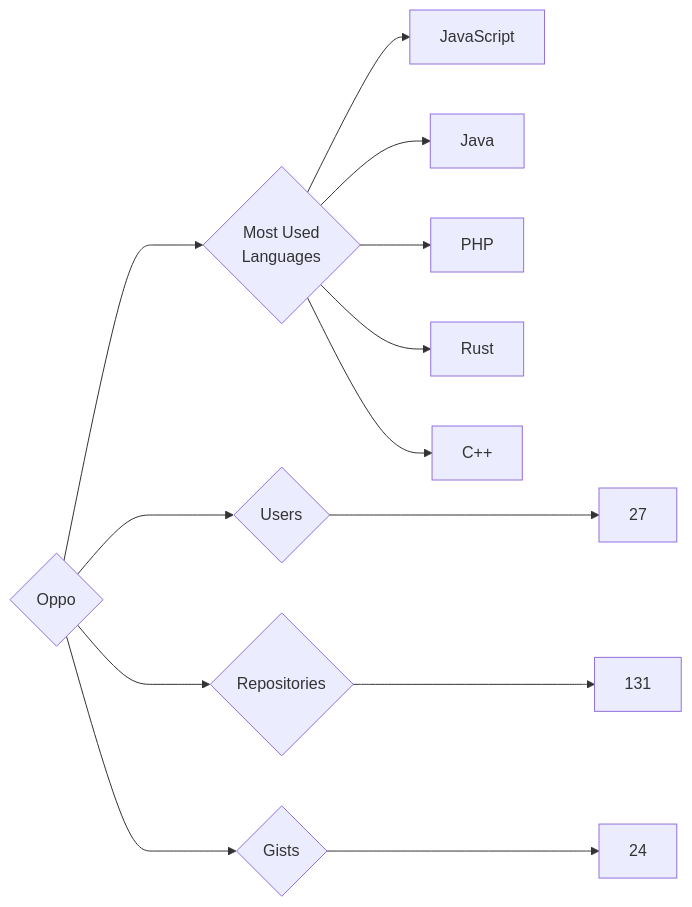
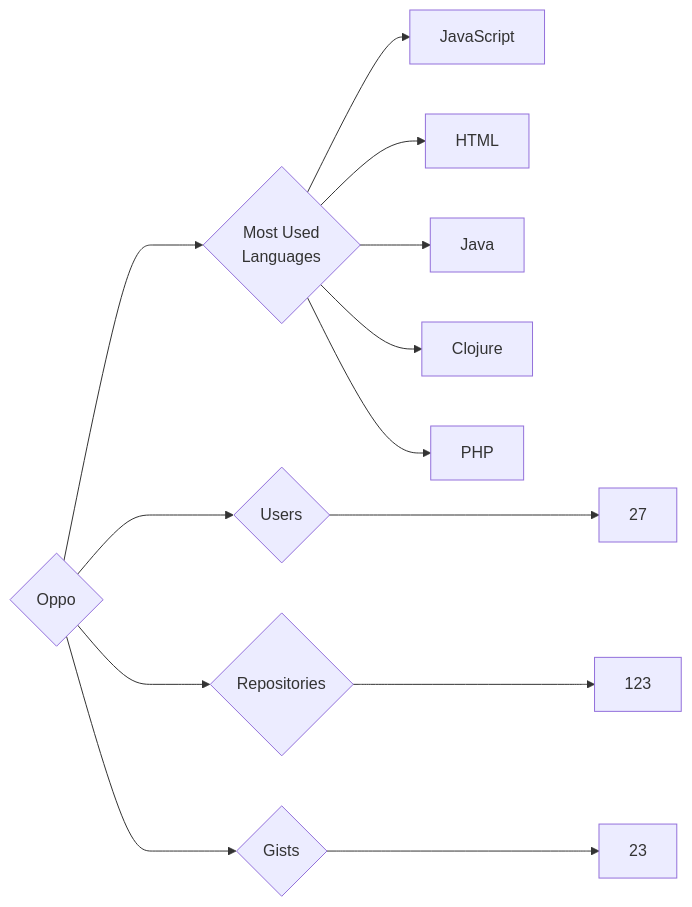
One commit to trickest/insiders changed the diagram in targets/Oppo/README.md. Above: the diagram before and after it, drawn with Mermaid. The commit also changed 973 other files, not shown here.

````diff
--- a/targets/Oppo/README.md
+++ b/targets/Oppo/README.md
@@ -3,13 +3,13 @@
 ```mermaid
 graph LR
 COMPANY_NAME{Oppo}
 COMPANY_NAME ---> U{Users} ---> UN[27]
-COMPANY_NAME ---> R{Repositories} ---> RN[131]
-COMPANY_NAME ---> G{Gists} ---> GN[24]
+COMPANY_NAME ---> R{Repositories} ---> RN[123]
+COMPANY_NAME ---> G{Gists} ---> GN[23]
 COMPANY_NAME ---> ML{Most Used<br>Languages}
 ML --> JavaScript[JavaScript]
+ML --> HTML[HTML]
 ML --> Java[Java]
+ML --> Clojure[Clojure]
 ML --> PHP[PHP]
-ML --> Rust[Rust]
-ML --> C++[C++]
 ```
````
